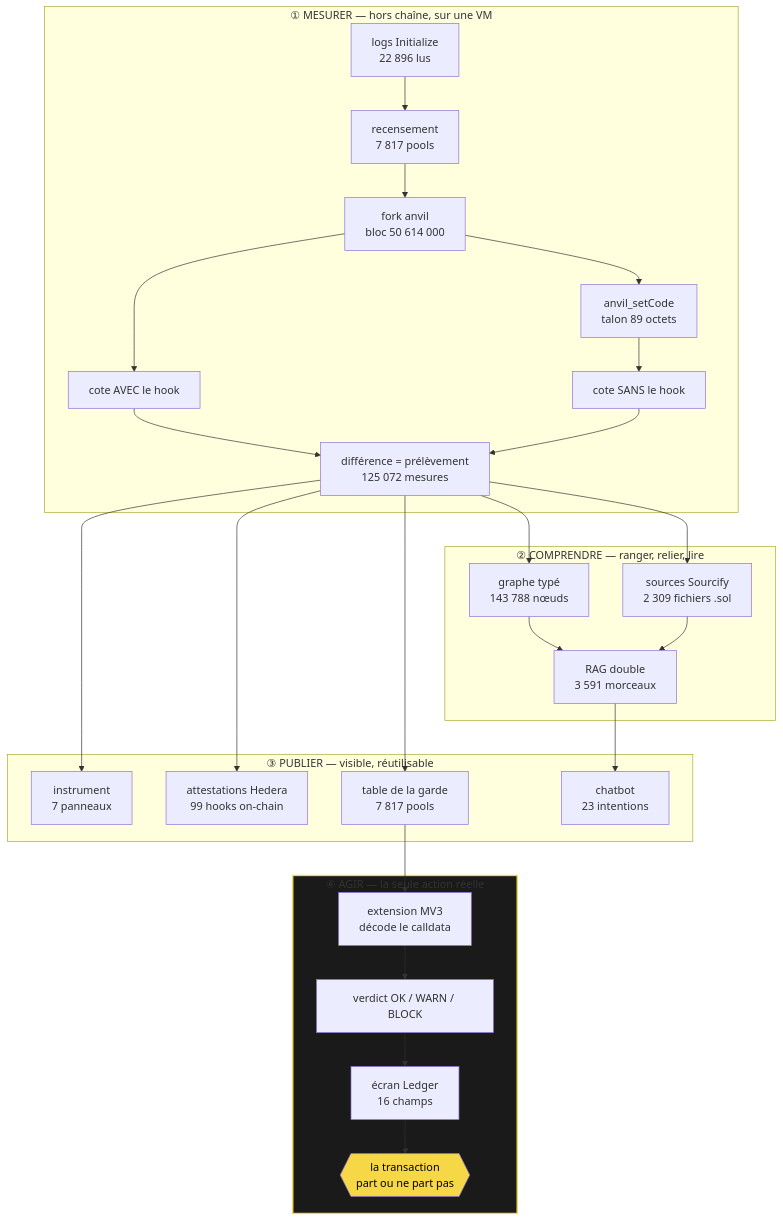
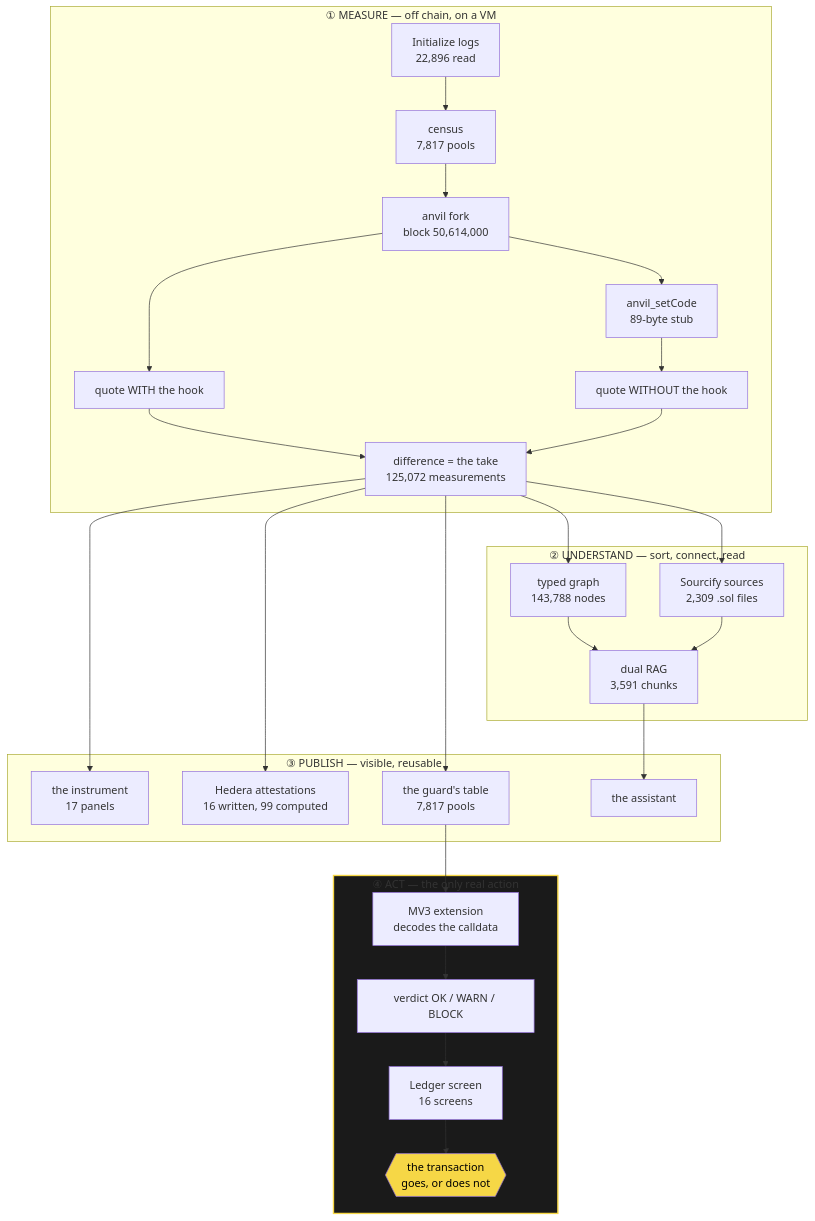
Before and after one commit to JeanBaptisteDurand/ETH_Online_2026: the first of 3 diagrams in docs/ARCHITECTURE.md, drawn with Mermaid. The commit also changed other lines of this file and 2 other files, not shown here.

````diff
--- a/docs/ARCHITECTURE.md
+++ b/docs/ARCHITECTURE.md
@@ -21,33 +24,33 @@
 ```mermaid
 flowchart TB
-    subgraph MESURE["① MESURER — hors chaîne, sur une VM"]
-        A["logs Initialize<br/>22 896 lus"] --> B["recensement<br/>7 817 pools"]
-        B --> C["fork anvil<br/>bloc 50 614 000"]
-        C --> D["cote AVEC le hook"]
-        C --> E["anvil_setCode<br/>talon 89 octets"] --> F["cote SANS le hook"]
-        D & F --> G["différence = prélèvement<br/>125 072 mesures"]
+    subgraph MEASURE["① MEASURE — off chain, on a VM"]
+        A["Initialize logs<br/>22,896 read"] --> B["census<br/>7,817 pools"]
+        B --> C["anvil fork<br/>block 50,614,000"]
+        C --> D["quote WITH the hook"]
+        C --> E["anvil_setCode<br/>89-byte stub"] --> F["quote WITHOUT the hook"]
+        D & F --> G["difference = the take<br/>125,072 measurements"]
     end
 
-    subgraph COMPRENDRE["② COMPRENDRE — ranger, relier, lire"]
-        G --> H["graphe typé<br/>143 788 nœuds"]
-        G --> I["sources Sourcify<br/>2 309 fichiers .sol"]
-        H & I --> J["RAG double<br/>3 591 morceaux"]
+    subgraph UNDERSTAND["② UNDERSTAND — sort, connect, read"]
+        G --> H["typed graph<br/>143,788 nodes"]
+        G --> I["Sourcify sources<br/>2,309 .sol files"]
+        H & I --> J["dual RAG<br/>3,591 chunks"]
     end
 
-    subgraph PUBLIER["③ PUBLIER — visible, réutilisable"]
-        G --> K["instrument<br/>7 panneaux"]
-        G --> L["attestations Hedera<br/>99 hooks on-chain"]
-        G --> M["table de la garde<br/>7 817 pools"]
-        J --> N["chatbot<br/>23 intentions"]
+    subgraph PUBLISH["③ PUBLISH — visible, reusable"]
+        G --> K["the instrument<br/>17 panels"]
+        G --> L["Hedera attestations<br/>16 written, 99 computed"]
+        G --> M["the guard's table<br/>7,817 pools"]
+        J --> N["the assistant"]
     end
 
-    subgraph AGIR["④ AGIR — la seule action réelle"]
-        M --> O["extension MV3<br/>décode le calldata"]
+    subgraph ACT["④ ACT — the only real action"]
+        M --> O["MV3 extension<br/>decodes the calldata"]
         O --> P["verdict OK / WARN / BLOCK"]
-        P --> Q["écran Ledger<br/>16 champs"]
-        Q --> R{{"la transaction<br/>part ou ne part pas"}}
+        P --> Q["Ledger screen<br/>16 screens"]
+        Q --> R{{"the transaction<br/>goes, or does not"}}
     end
 
-    style AGIR fill:#1a1a1a,stroke:#F6D746,stroke-width:2px
+    style ACT fill:#1a1a1a,stroke:#F6D746,stroke-width:2px
     style R fill:#F6D746,color:#000
 ```
````
